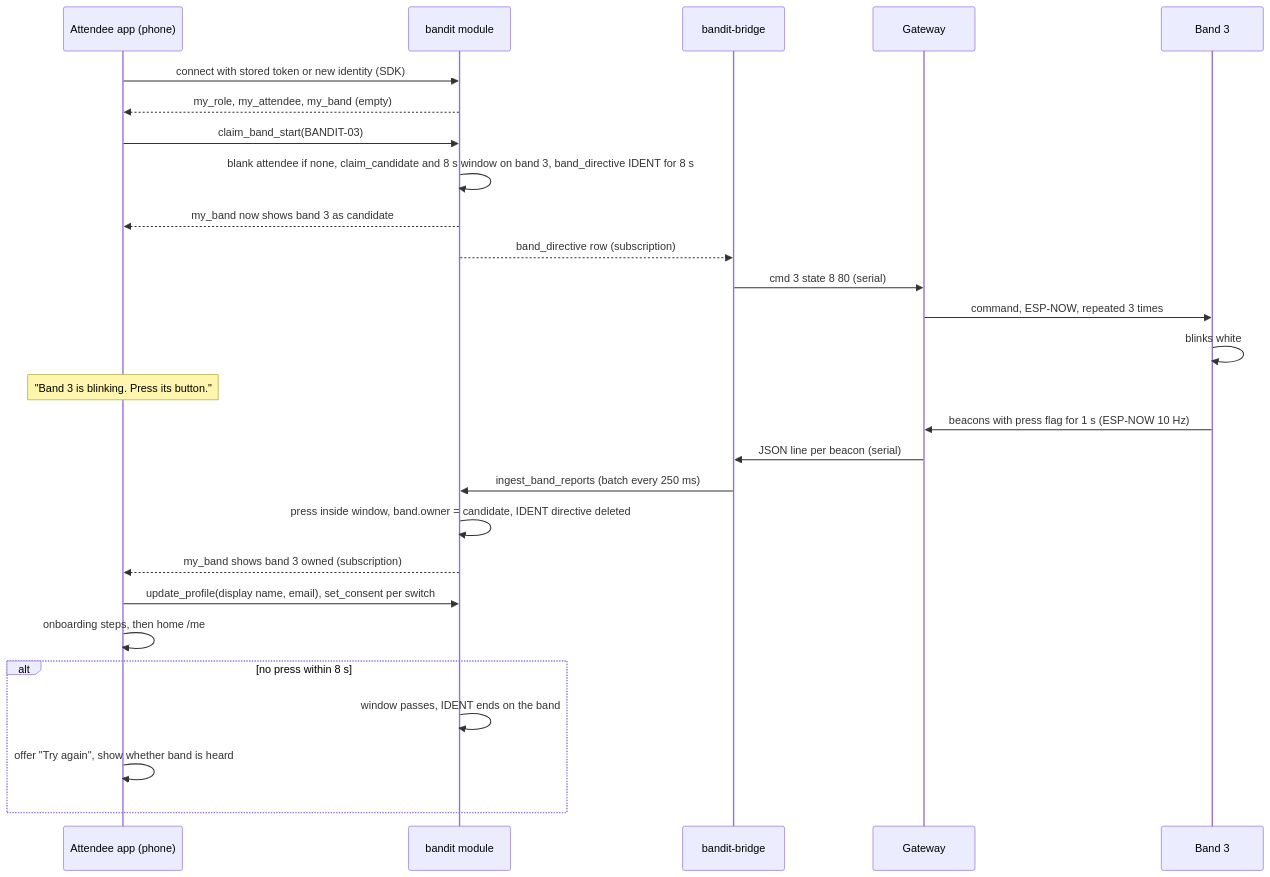
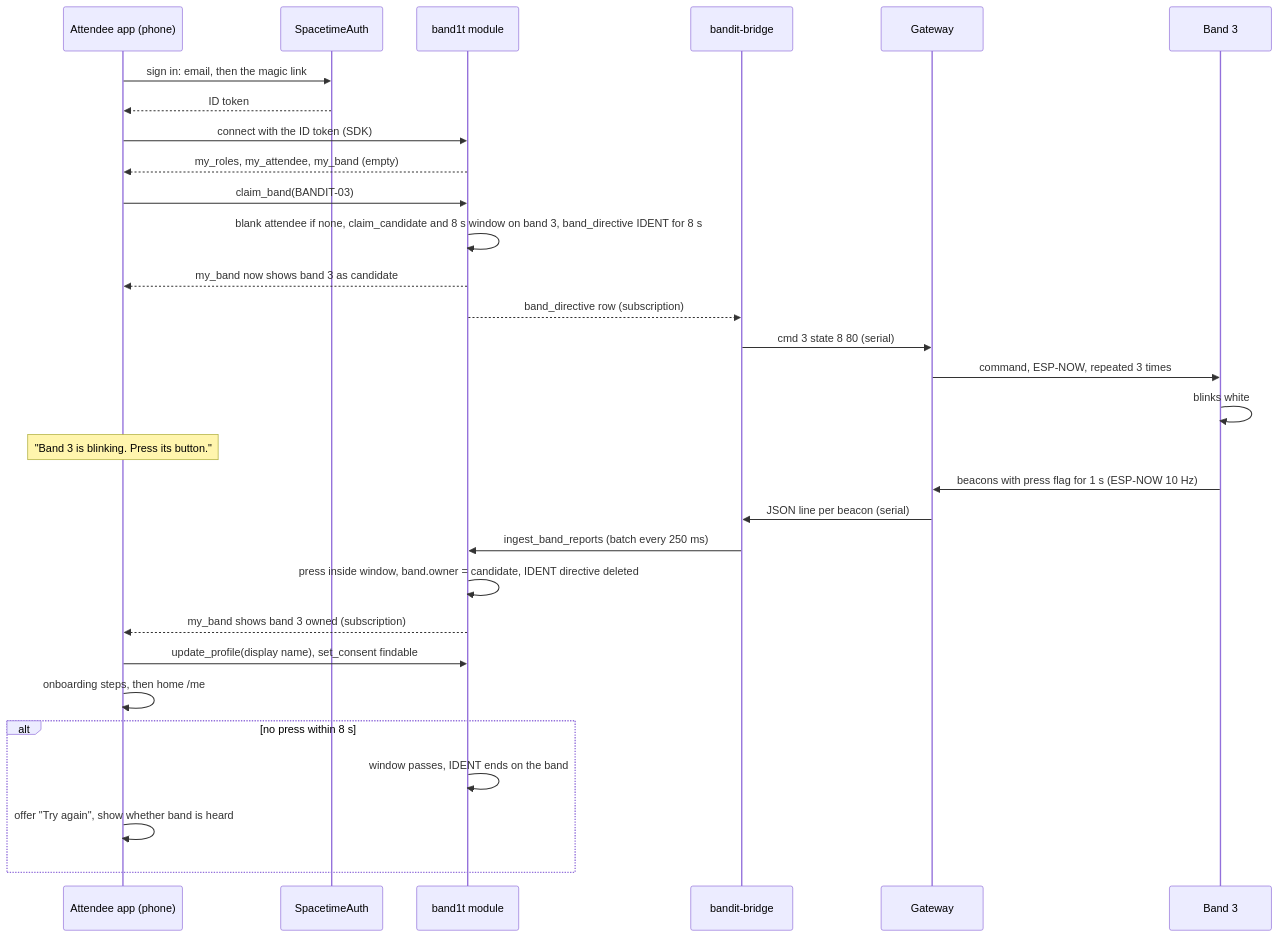
The second of 4 diagrams in System Design/5-apps/Attendee-App.md (viktorinkov/cal-hacks-13), drawn with Mermaid before and after one commit. The commit also changed other lines of this file and 21 other files, not shown here.

````diff
--- a/System Design/5-apps/Attendee-App.md
+++ b/System Design/5-apps/Attendee-App.md
@@ -119,29 +122,32 @@
 ```mermaid
 sequenceDiagram
     participant App as Attendee app (phone)
-    participant Mod as bandit module
+    participant Auth as SpacetimeAuth
+    participant Mod as band1t module
     participant Bridge as bandit-bridge
     participant GW as Gateway
     participant Band as Band 3
-    App->>Mod: connect with stored token or new identity (SDK)
-    Mod-->>App: my_role, my_attendee, my_band (empty)
-    App->>Mod: claim_band_start(BANDIT-03)
+    App->>Auth: sign in: email, then the magic link
+    Auth-->>App: ID token
+    App->>Mod: connect with the ID token (SDK)
+    Mod-->>App: my_roles, my_attendee, my_band (empty)
+    App->>Mod: claim_band(BANDIT-03)
     Mod->>Mod: blank attendee if none, claim_candidate and 8 s window on band 3, band_directive IDENT for 8 s
     Mod-->>App: my_band now shows band 3 as candidate
     Mod-->>Bridge: band_directive row (subscription)
     Bridge->>GW: cmd 3 state 8 80 (serial)
     GW->>Band: command, ESP-NOW, repeated 3 times
     Band->>Band: blinks white
     Note over App: "Band 3 is blinking. Press its button."
     Band->>GW: beacons with press flag for 1 s (ESP-NOW 10 Hz)
     GW->>Bridge: JSON line per beacon (serial)
     Bridge->>Mod: ingest_band_reports (batch every 250 ms)
     Mod->>Mod: press inside window, band.owner = candidate, IDENT directive deleted
     Mod-->>App: my_band shows band 3 owned (subscription)
-    App->>Mod: update_profile(display name, email), set_consent per switch
+    App->>Mod: update_profile(display name), set_consent findable
     App->>App: onboarding steps, then home /me
     alt no press within 8 s
         Mod->>Mod: window passes, IDENT ends on the band
         App->>App: offer "Try again", show whether band is heard
     end
 ```
````
